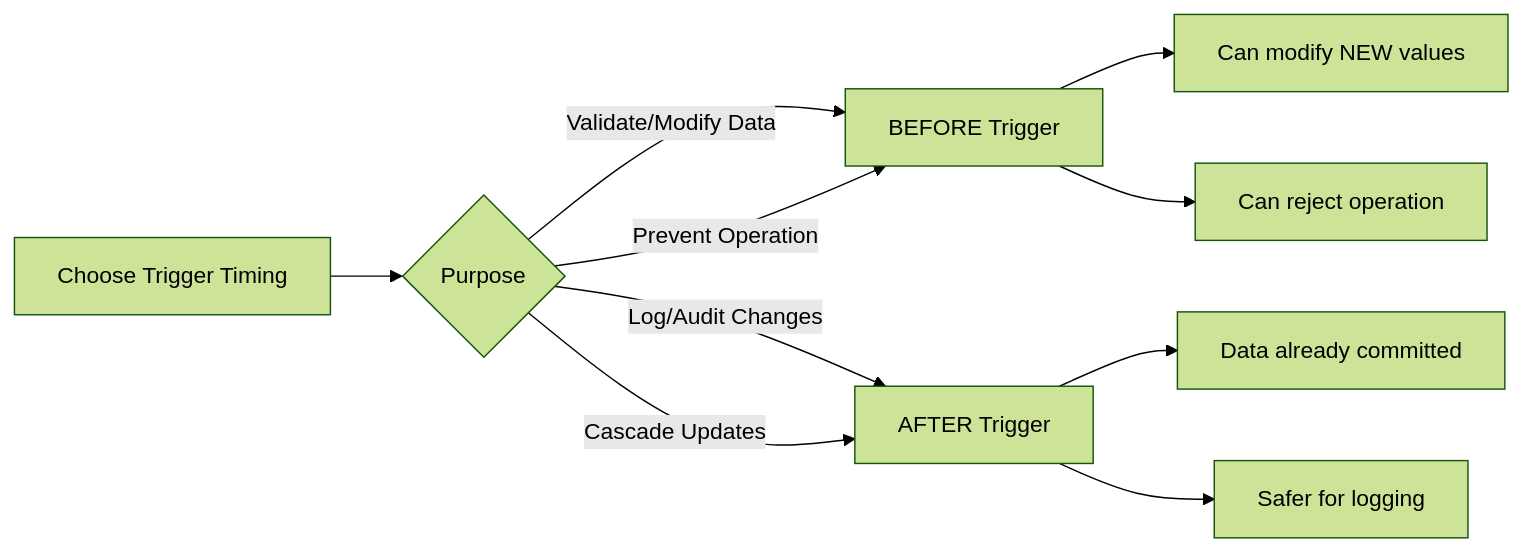
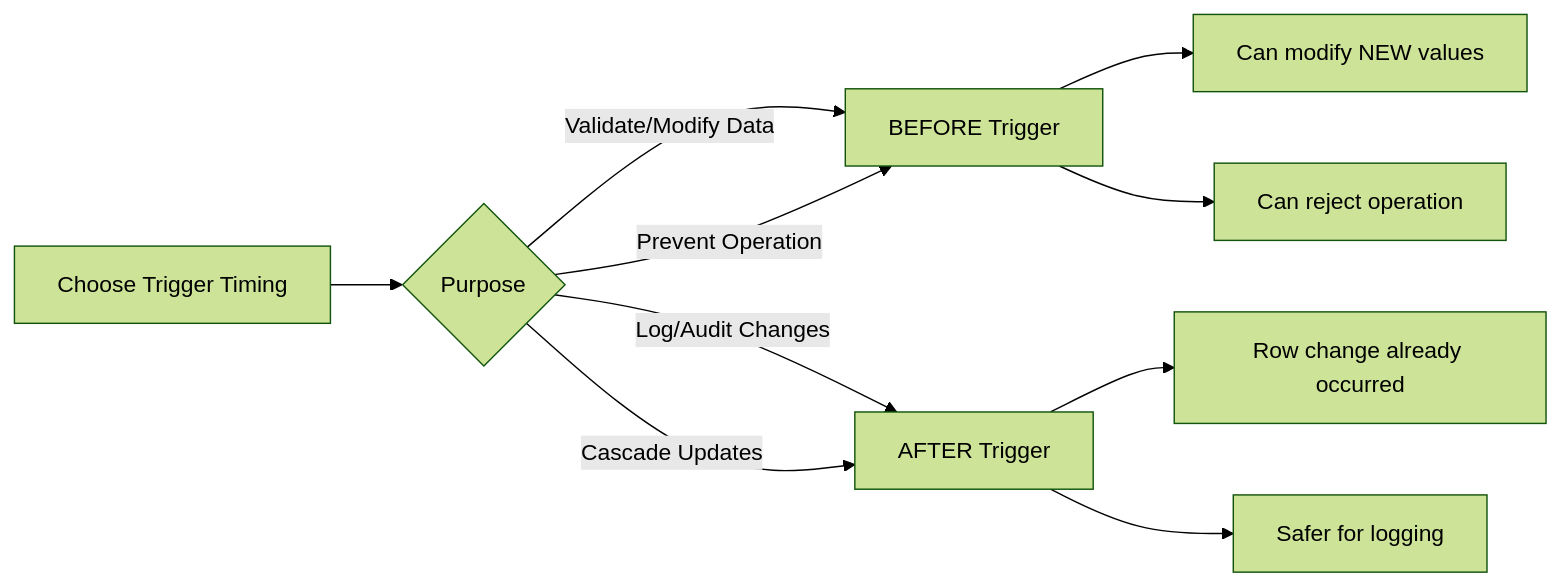
Before and after one commit to OneUptime/blog: the second of 8 diagrams in posts/2026-01-30-mysql-trigger-best-practices/README.md, drawn with Mermaid (forest theme). The commit also changed other lines of this file and 2 other files, not shown here.

````diff
--- a/posts/2026-01-30-mysql-trigger-best-practices/README.md
+++ b/posts/2026-01-30-mysql-trigger-best-practices/README.md
@@ -44,12 +44,12 @@
 ```mermaid
 flowchart LR
     A[Choose Trigger Timing] --> B{Purpose}
     B -->|Validate/Modify Data| C[BEFORE Trigger]
     B -->|Log/Audit Changes| D[AFTER Trigger]
     B -->|Prevent Operation| C
     B -->|Cascade Updates| D
     C --> E[Can modify NEW values]
     C --> F[Can reject operation]
-    D --> G[Data already committed]
+    D --> G[Row change already occurred]
     D --> H[Safer for logging]
 ```
````
